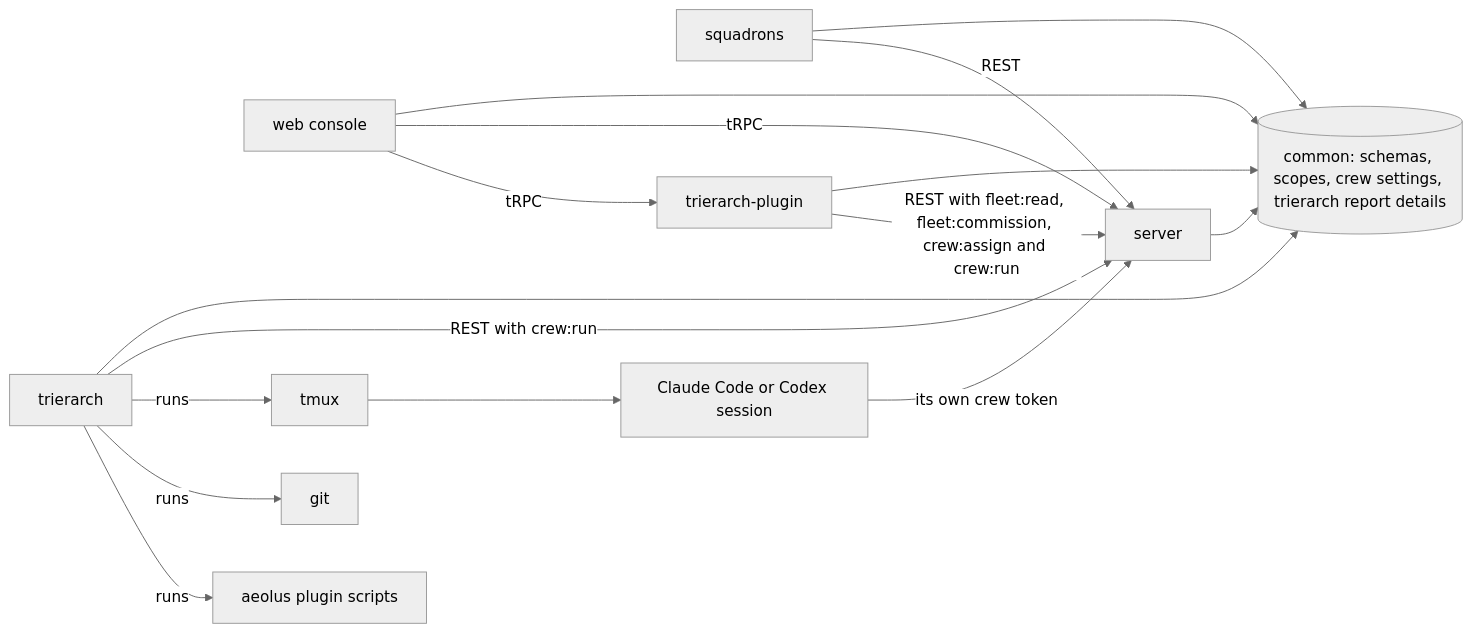
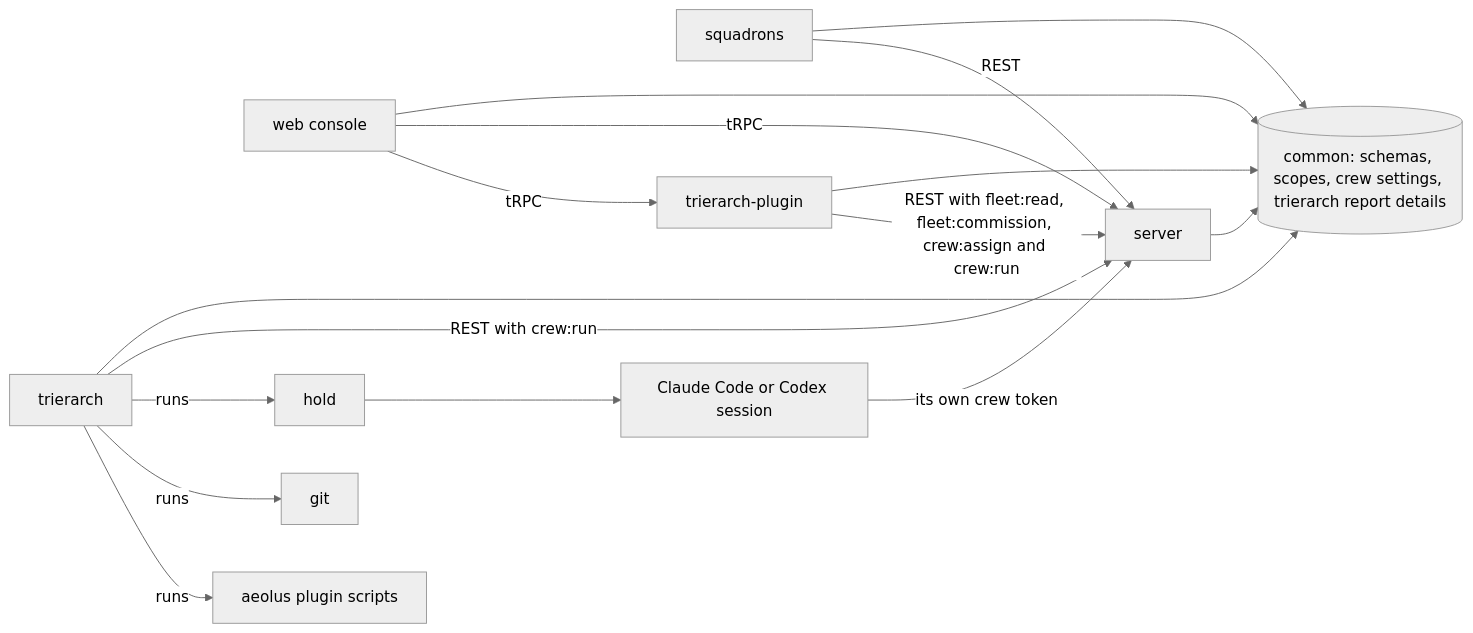
Before and after one commit to ThomasHendrickx/aeolus-fleet-trierarch: the fifth of 5 diagrams in docs/architecture.md, drawn with Mermaid (neutral theme). The commit also changed other lines of this file and 4 other files, not shown here.

First line of the commit message:
docs(trierarch): a host session runs headless under a hold, and no runtime has Remote Control

````diff
--- a/docs/architecture.md
+++ b/docs/architecture.md
@@ -164,19 +165,19 @@
 ```mermaid
 flowchart LR
   common[(common: schemas, scopes, crew settings, trierarch report details)]
   server[server] --> common
   web[web console] --> common
   squadrons[squadrons] --> common
   plugin[trierarch-plugin] --> common
   trierarch[trierarch] --> common
   web -- tRPC --> server
   web -- tRPC --> plugin
   squadrons -- REST --> server
   plugin -- REST with fleet:read, fleet:commission, crew:assign and crew:run --> server
   trierarch -- REST with crew:run --> server
-  trierarch -- runs --> tmux[tmux]
+  trierarch -- runs --> hold[hold]
   trierarch -- runs --> git[git]
   trierarch -- runs --> aeolusplugin[aeolus plugin scripts]
-  tmux --> session[Claude Code or Codex session]
+  hold --> session[Claude Code or Codex session]
   session -- its own crew token --> server
 ```
````
